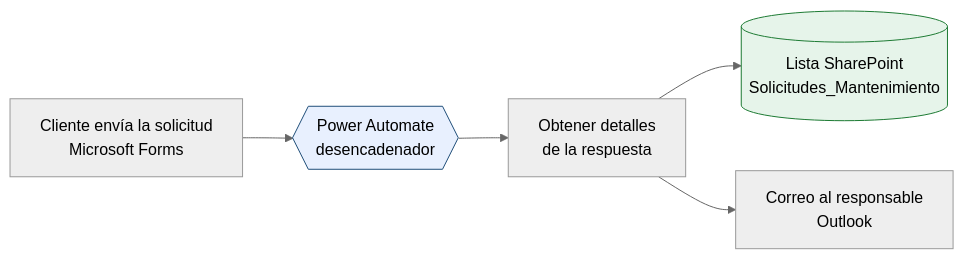
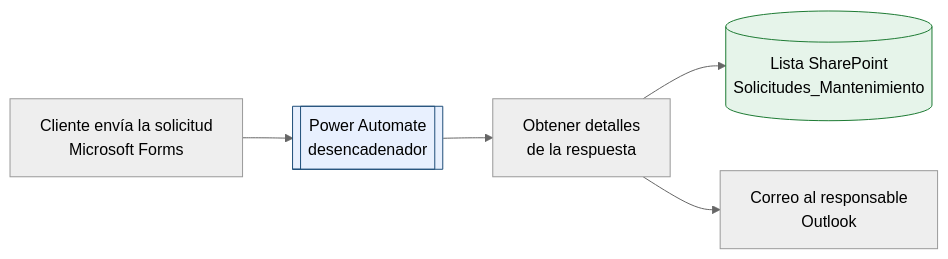
The second of 2 diagrams in Capitulo04/README_Practica12.md (Netec-Mx/MIC-COP_PREM-AB-PA-JUN-LD-Priv-), drawn with Mermaid (neutral theme) before and after one commit. The commit also changed 1 other file, not shown here.

Commit message:
Diagramas: evitar sintaxis {{ }} que Jekyll interpreta como Liquid

````diff
--- a/Capitulo04/README_Practica12.md
+++ b/Capitulo04/README_Practica12.md
@@ -54,9 +54,9 @@
 ```mermaid
 flowchart LR
-    A["Cliente envía la solicitud<br/>Microsoft Forms"] --> B{{"Power Automate<br/>desencadenador"}}
+    A["Cliente envía la solicitud<br/>Microsoft Forms"] --> B[["Power Automate<br/>desencadenador"]]
     B --> C["Obtener detalles<br/>de la respuesta"]
     C --> D[("Lista SharePoint<br/>Solicitudes_Mantenimiento")]
     C --> E["Correo al responsable<br/>Outlook"]
     style B fill:#e8f0fe,stroke:#1f4e79
     style D fill:#e6f4ea,stroke:#1e7b34
 ```
````
